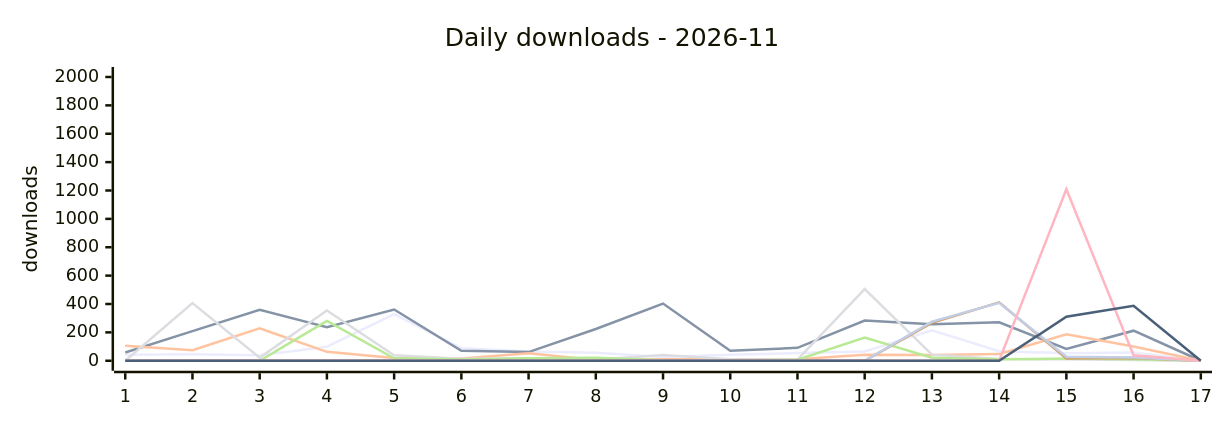
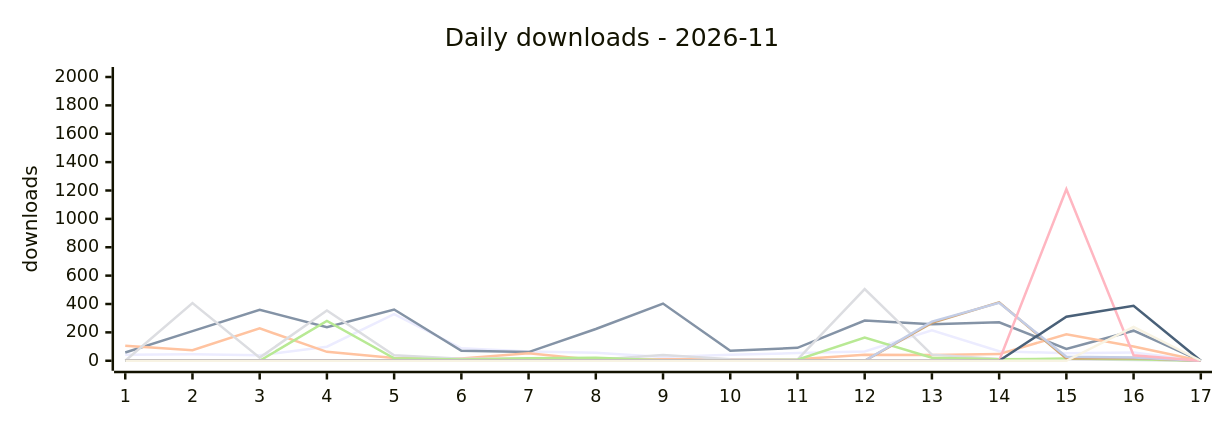
The first of 2 diagrams in DASHBOARD.md (terry2010/npm-downloads-tracker), drawn with Mermaid before and after one commit. The commit also changed other lines of this file and 2 other files, not shown here.

````diff
--- a/DASHBOARD.md
+++ b/DASHBOARD.md
@@ -36,16 +38,17 @@
 ```mermaid
 %%{init: {'xyChart': {'width': 960, 'height': 320}}}%%
 xychart-beta
     title "Daily downloads - 2026-11"
     x-axis ["1", "2", "3", "4", "5", "6", "7", "8", "9", "10", "11", "12", "13", "14", "15", "16", "17"]
     y-axis "downloads" 0 --> 2000
     line "dsh-loop-recover" [43, 46, 39, 99, 329, 88, 66, 56, 27, 42, 54, 66, 214, 67, 53, 59, 0]
     line "dsh-rss-news-daily" [58, 209, 359, 237, 361, 70, 61, 224, 403, 70, 91, 283, 258, 271, 84, 212, 0]
     line "opencode-loop-recover" [105, 74, 228, 63, 19, 16, 52, 6, 10, 11, 10, 43, 41, 47, 187, 100, 0]
     line "oc-market-quail-zephyr-72a0" [0, 407, 22, 354, 39, 14, 15, 7, 40, 10, 8, 505, 43, 12, 11, 6, 0]
     line "awesome-opencode-market" [0, 0, 0, 280, 17, 9, 17, 22, 4, 1, 7, 164, 21, 10, 15, 10, 0]
     line "surfbird" [0, 0, 0, 0, 0, 0, 0, 0, 0, 0, 0, 0, 267, 412, 16, 19, 0]
     line "surfbird-mcp" [0, 0, 0, 0, 0, 0, 0, 0, 0, 0, 0, 0, 276, 408, 28, 23, 0]
     line "dsh-control-surfbird-for-kitesurf" [0, 0, 0, 0, 0, 0, 0, 0, 0, 0, 0, 0, 0, 0, 1209, 39, 0]
     line "opencode-control-surfbird-for-kitesurf" [0, 0, 0, 0, 0, 0, 0, 0, 0, 0, 0, 0, 0, 0, 310, 387, 0]
+    line "pi-control-surfbird-for-kitesurf" [0, 0, 0, 0, 0, 0, 0, 0, 0, 0, 0, 0, 0, 0, 0, 238, 0]
 ```
````
